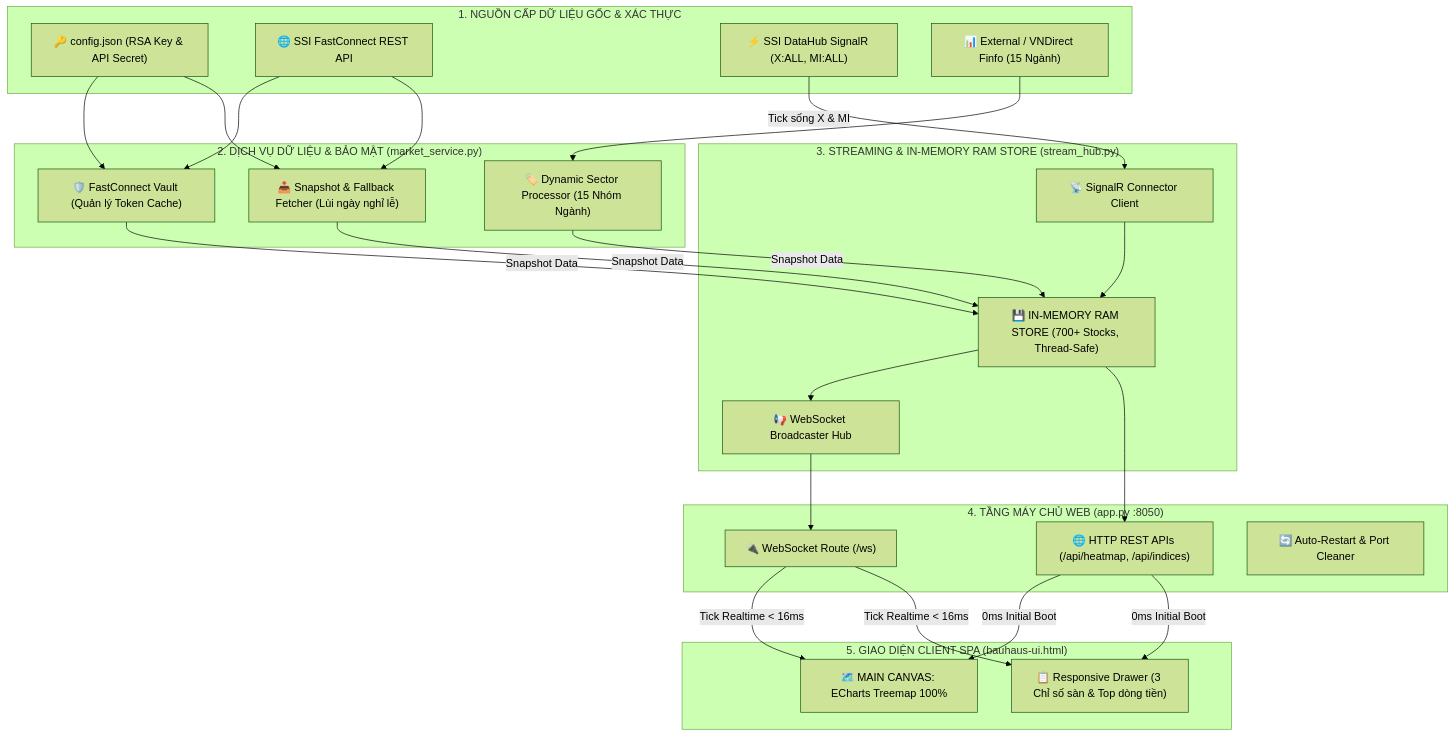
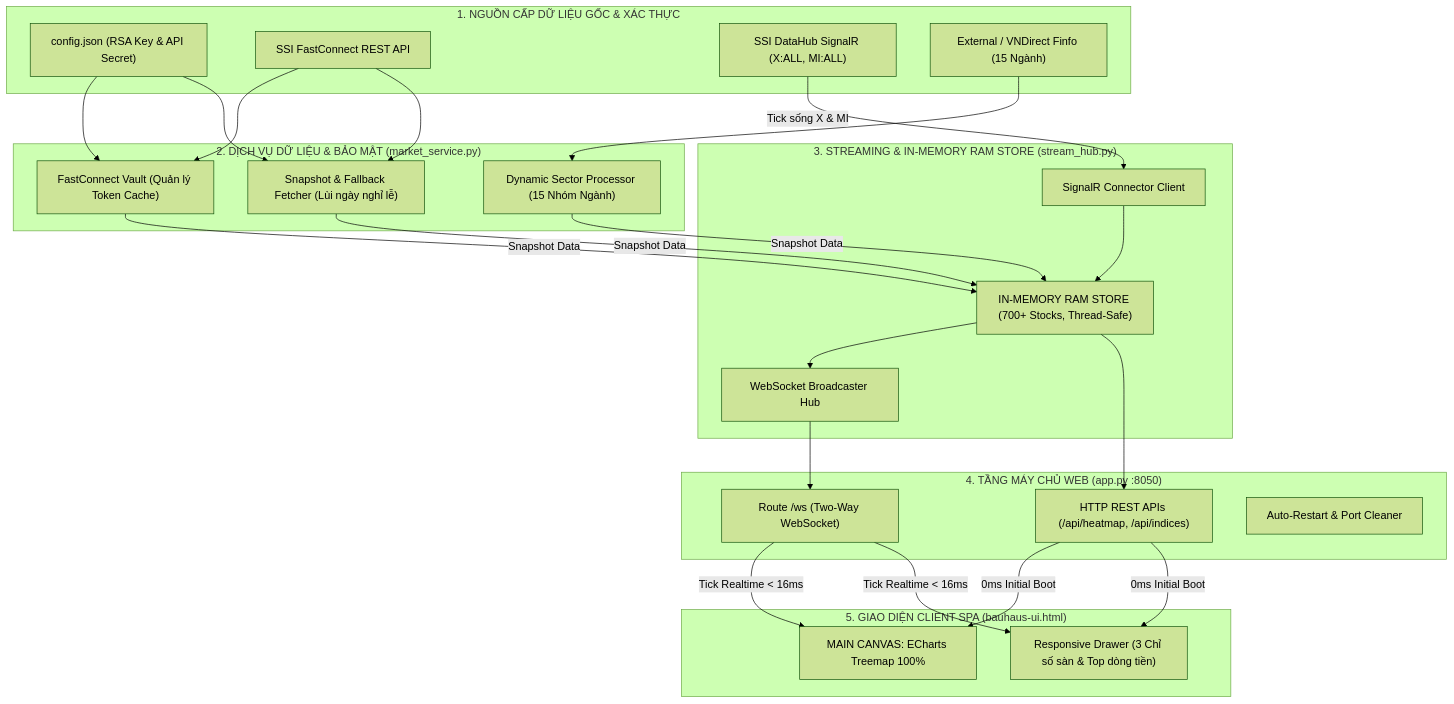
The diagram in README.md (huy01197/vietnam-stock-heatmap), drawn with Mermaid (forest theme) before and after one commit. The commit also changed other lines of this file and 1 other file, not shown here.

````diff
--- a/README.md
+++ b/README.md
@@ -61,43 +63,43 @@
 ```mermaid
 flowchart TD
     subgraph S1 ["1. NGUỒN CẤP DỮ LIỆU GỐC & XÁC THỰC"]
-        A1["🔑 config.json (RSA Key & API Secret)"]
-        A2["🌐 SSI FastConnect REST API"]
-        A3["⚡ SSI DataHub SignalR (X:ALL, MI:ALL)"]
-        A4["📊 External / VNDirect Finfo (15 Ngành)"]
+        A1["config.json (RSA Key & API Secret)"]
+        A2["SSI FastConnect REST API"]
+        A3["SSI DataHub SignalR (X:ALL, MI:ALL)"]
+        A4["External / VNDirect Finfo (15 Ngành)"]
     end
 
     subgraph S2 ["2. DỊCH VỤ DỮ LIỆU & BẢO MẬT (market_service.py)"]
-        B1["🛡️ FastConnect Vault (Quản lý Token Cache)"]
-        B2["🏷️ Dynamic Sector Processor (15 Nhóm Ngành)"]
-        B3["📥 Snapshot & Fallback Fetcher (Lùi ngày nghỉ lễ)"]
+        B1["FastConnect Vault (Quản lý Token Cache)"]
+        B2["Dynamic Sector Processor (15 Nhóm Ngành)"]
+        B3["Snapshot & Fallback Fetcher (Lùi ngày nghỉ lễ)"]
     end
 
     subgraph S3 ["3. STREAMING & IN-MEMORY RAM STORE (stream_hub.py)"]
-        C1["📡 SignalR Connector Client"]
-        C2["💾 IN-MEMORY RAM STORE (700+ Stocks, Thread-Safe)"]
-        C3["📢 WebSocket Broadcaster Hub"]
+        C1["SignalR Connector Client"]
+        C2["IN-MEMORY RAM STORE (700+ Stocks, Thread-Safe)"]
+        C3["WebSocket Broadcaster Hub"]
     end
 
     subgraph S4 ["4. TẦNG MÁY CHỦ WEB (app.py :8050)"]
-        D1["🌐 HTTP REST APIs (/api/heatmap, /api/indices)"]
-        D2["🔌 WebSocket Route (/ws)"]
-        D3["🔄 Auto-Restart & Port Cleaner"]
+        D1["HTTP REST APIs (/api/heatmap, /api/indices)"]
+        D2["Route /ws (Two-Way WebSocket)"]
+        D3["Auto-Restart & Port Cleaner"]
     end
 
     subgraph S5 ["5. GIAO DIỆN CLIENT SPA (bauhaus-ui.html)"]
-        E1["🗺️ MAIN CANVAS: ECharts Treemap 100%"]
-        E2["📋 Responsive Drawer (3 Chỉ số sàn & Top dòng tiền)"]
+        E1["MAIN CANVAS: ECharts Treemap 100%"]
+        E2["Responsive Drawer (3 Chỉ số sàn & Top dòng tiền)"]
     end
 
     A1 & A2 --> B1 & B3
     A4 --> B2
     B1 & B2 & B3 -->|Snapshot Data| C2
     A3 -->|Tick sống X & MI| C1
     C1 --> C2
     C2 --> C3
     C3 --> D2
     C2 --> D1
     D1 -->|0ms Initial Boot| E1 & E2
     D2 -->|Tick Realtime < 16ms| E1 & E2
 ```
````
